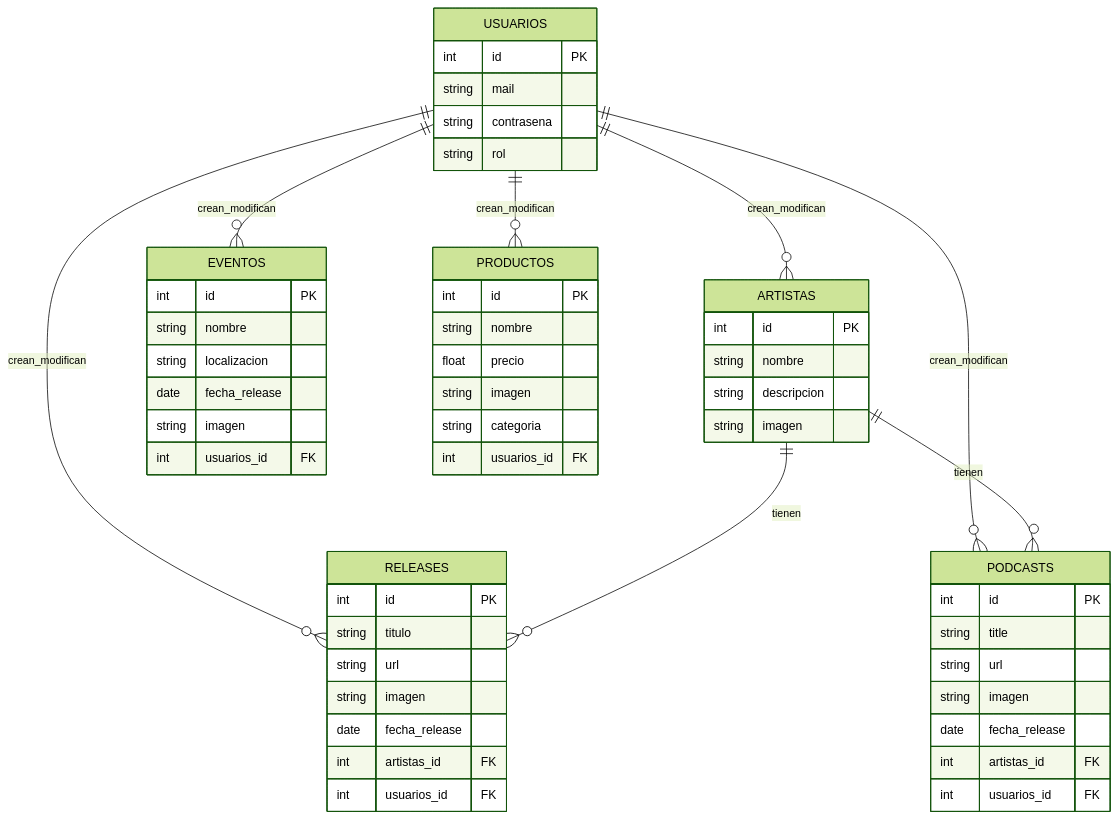
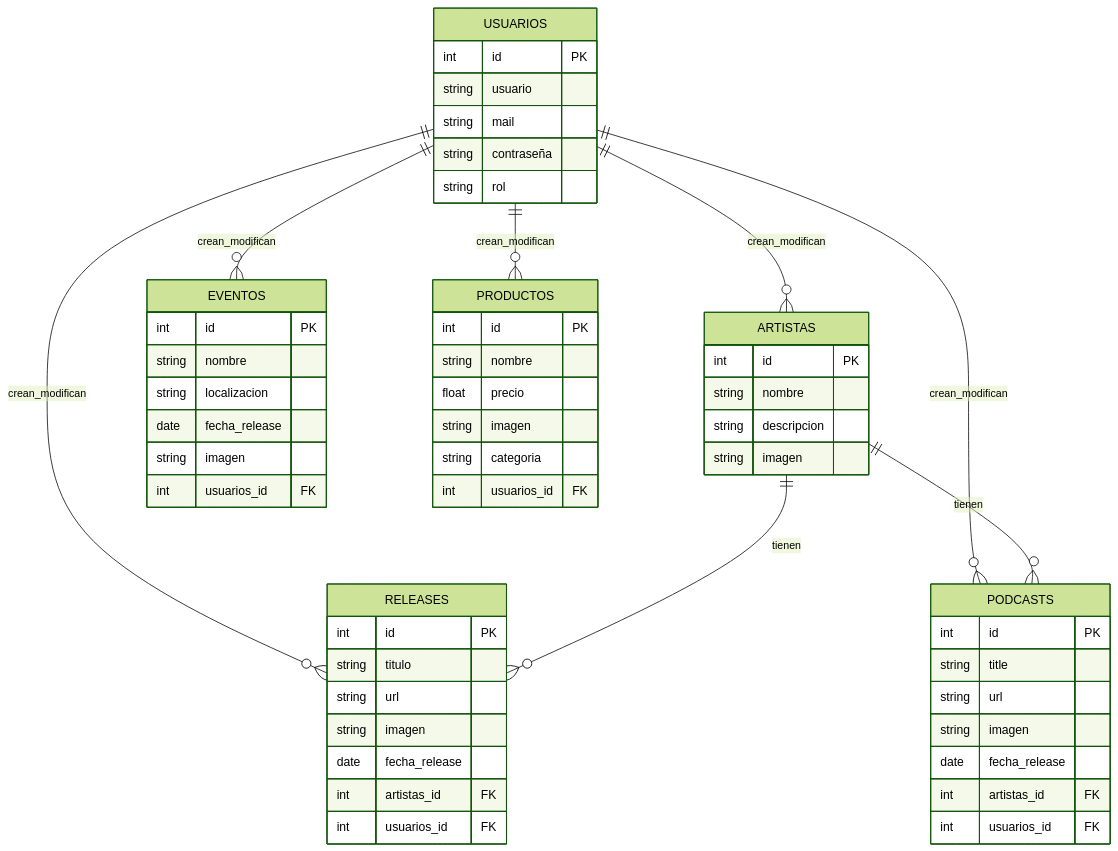
The diagram in doc/templates/3_deseno.md (JavierFernandezPampin/ProyectoSynthgroove), drawn with Mermaid (forest theme) before and after one commit.

Commit message:
Update file 3_deseno.md

````diff
--- a/doc/templates/3_deseno.md
+++ b/doc/templates/3_deseno.md
@@ -16,64 +16,65 @@
 ```mermaid
 erDiagram
 
 ARTISTAS {
     int id PK
     string nombre
     string descripcion
     string imagen
 }
 
 RELEASES {
     int id PK
     string titulo
     string url
     string imagen
     date fecha_release
     int artistas_id FK
     int usuarios_id FK
 }
 
 PODCASTS {
     int id PK
     string title
     string url
     string imagen
     date fecha_release
     int artistas_id FK
     int usuarios_id FK
 }
 
 EVENTOS {
     int id PK
     string nombre
     string localizacion
     date fecha_release
     string imagen
     int usuarios_id FK
 }
 
 PRODUCTOS {
     int id PK
     string nombre
     float precio
     string imagen
     string categoria
     int usuarios_id FK
 }
 
 USUARIOS {
     int id PK
+    string usuario
     string mail
-    string contrasena
+    string contraseña
     string rol
 }
 
 USUARIOS ||--o{ ARTISTAS : crean_modifican
 USUARIOS ||--o{ RELEASES : crean_modifican
 USUARIOS ||--o{ PODCASTS : crean_modifican
 USUARIOS ||--o{ EVENTOS : crean_modifican
 USUARIOS ||--o{ PRODUCTOS : crean_modifican
 ARTISTAS ||--o{ RELEASES : tienen
 ARTISTAS ||--o{ PODCASTS : tienen
 
 ```
````
